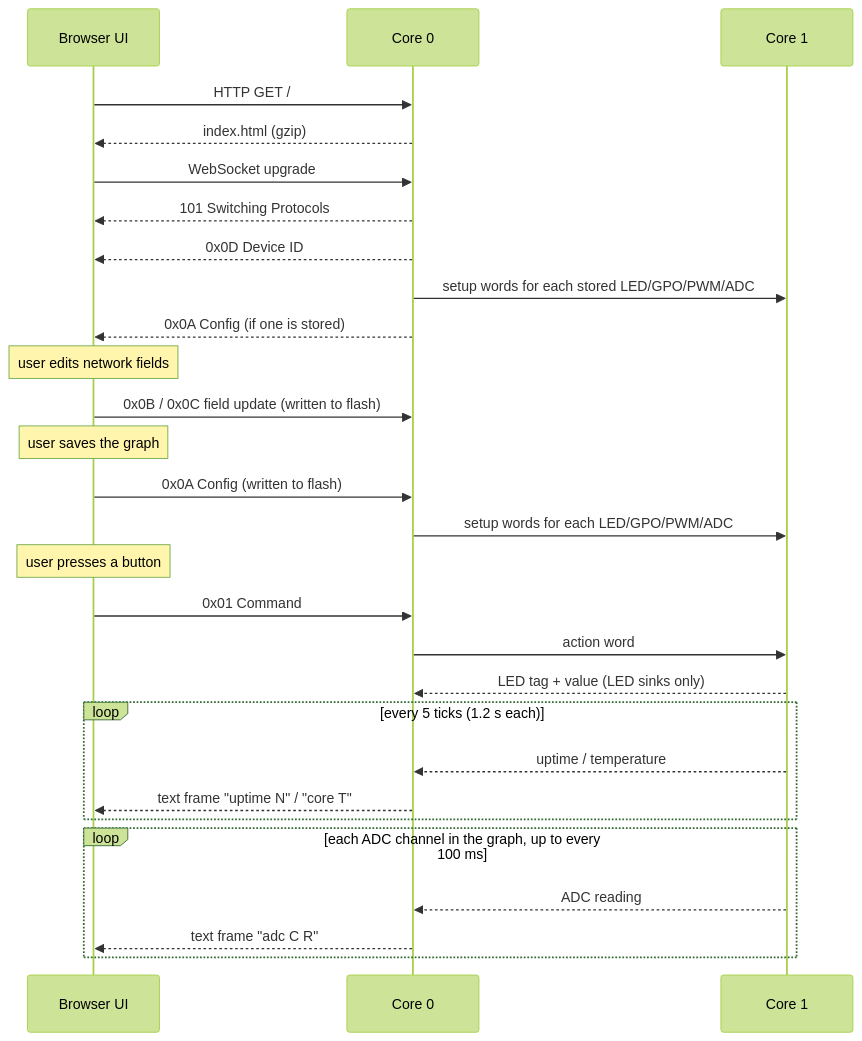
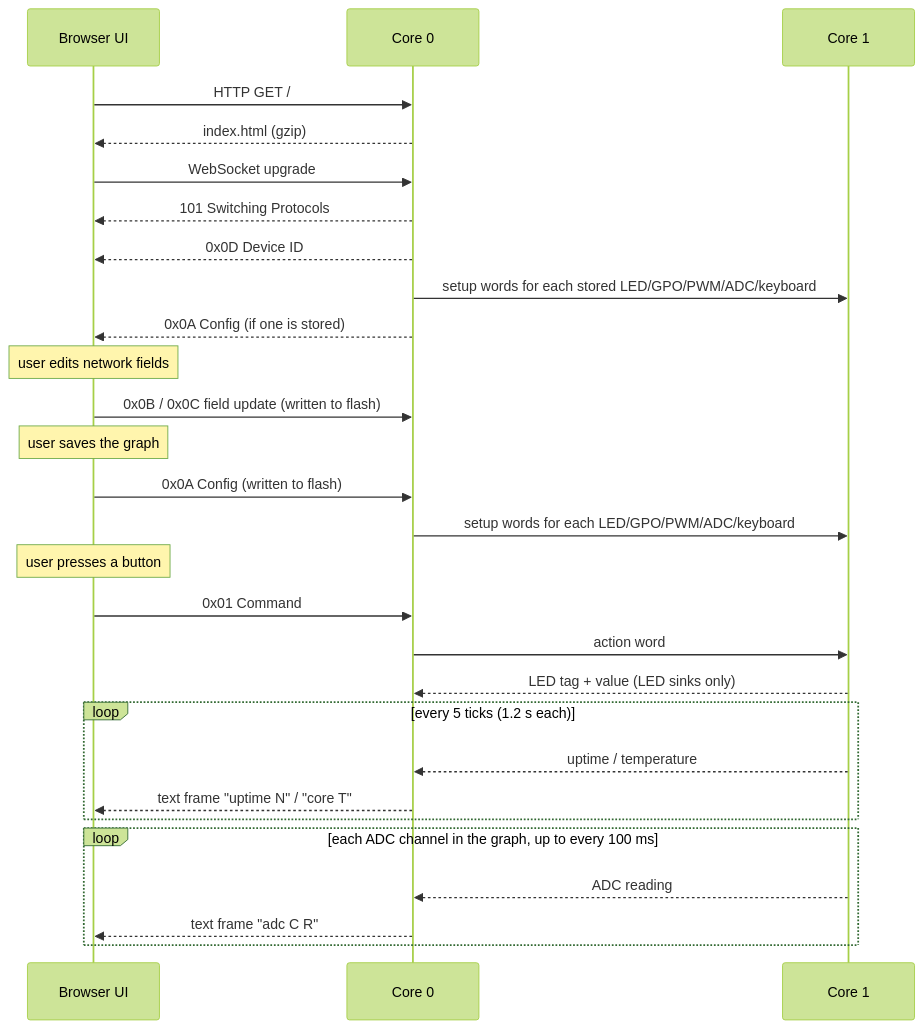
One commit to anroleroux/neograph changed the second of 3 diagrams in PROTOCOL.md. Above: the diagram before and after it, drawn with Mermaid (forest theme). The commit also changed other lines of this file and 22 other files, not shown here.

````diff
--- a/PROTOCOL.md
+++ b/PROTOCOL.md
@@ -54,30 +56,30 @@
 ```mermaid
 sequenceDiagram
     participant UI as Browser UI
     participant C0 as Core 0
     participant C1 as Core 1
     UI->>C0: HTTP GET /
     C0-->>UI: index.html (gzip)
     UI->>C0: WebSocket upgrade
     C0-->>UI: 101 Switching Protocols
     C0-->>UI: 0x0D Device ID
-    C0->>C1: setup words for each stored LED/GPO/PWM/ADC
+    C0->>C1: setup words for each stored LED/GPO/PWM/ADC/keyboard
     C0-->>UI: 0x0A Config (if one is stored)
     Note over UI: user edits network fields
     UI->>C0: 0x0B / 0x0C field update (written to flash)
     Note over UI: user saves the graph
     UI->>C0: 0x0A Config (written to flash)
-    C0->>C1: setup words for each LED/GPO/PWM/ADC
+    C0->>C1: setup words for each LED/GPO/PWM/ADC/keyboard
     Note over UI: user presses a button
     UI->>C0: 0x01 Command
     C0->>C1: action word
     C1-->>C0: LED tag + value (LED sinks only)
     loop every 5 ticks (1.2 s each)
         C1-->>C0: uptime / temperature
         C0-->>UI: text frame "uptime N" / "core T"
     end
     loop each ADC channel in the graph, up to every 100 ms
         C1-->>C0: ADC reading
         C0-->>UI: text frame "adc C R"
     end
 ```
````
